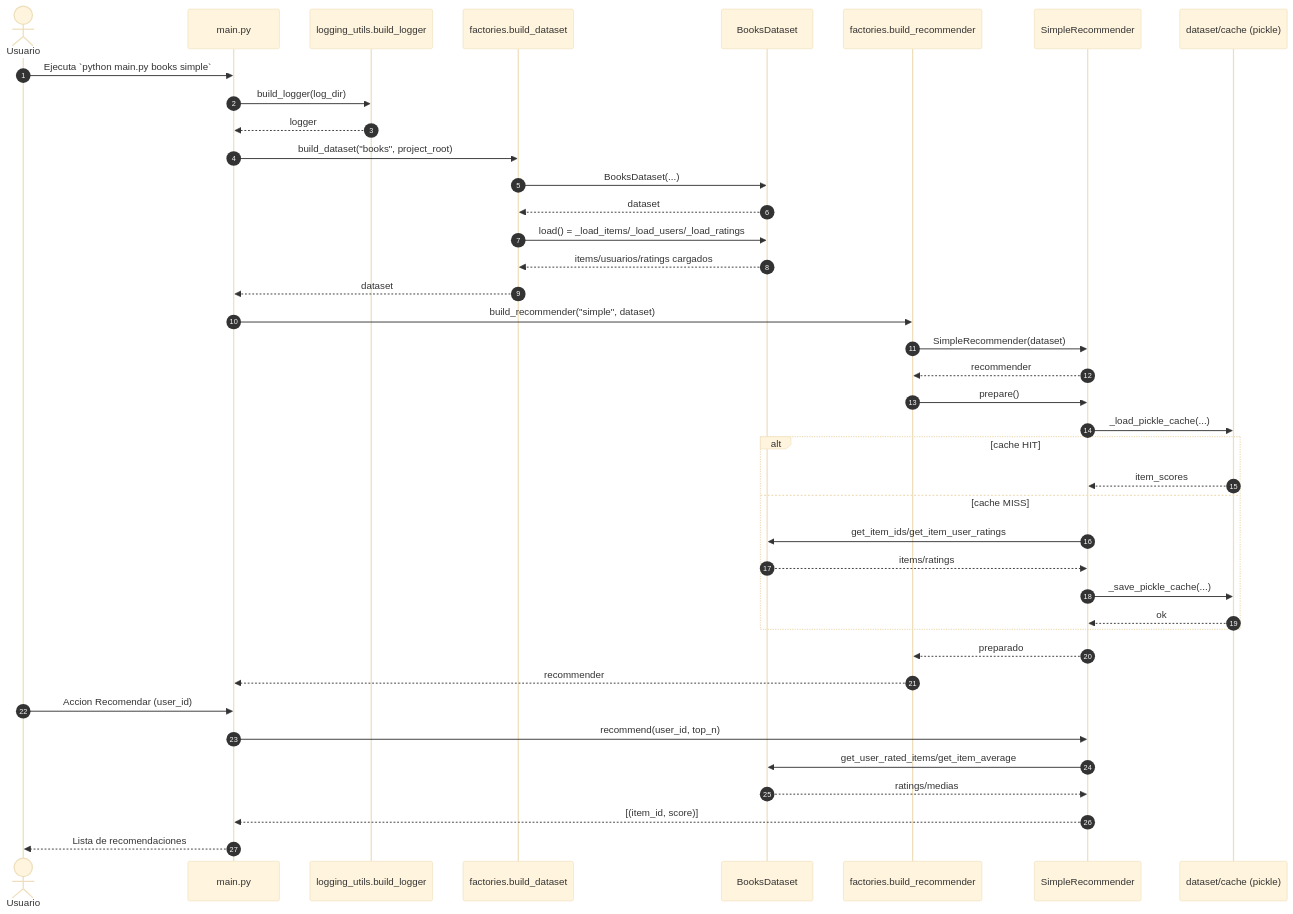
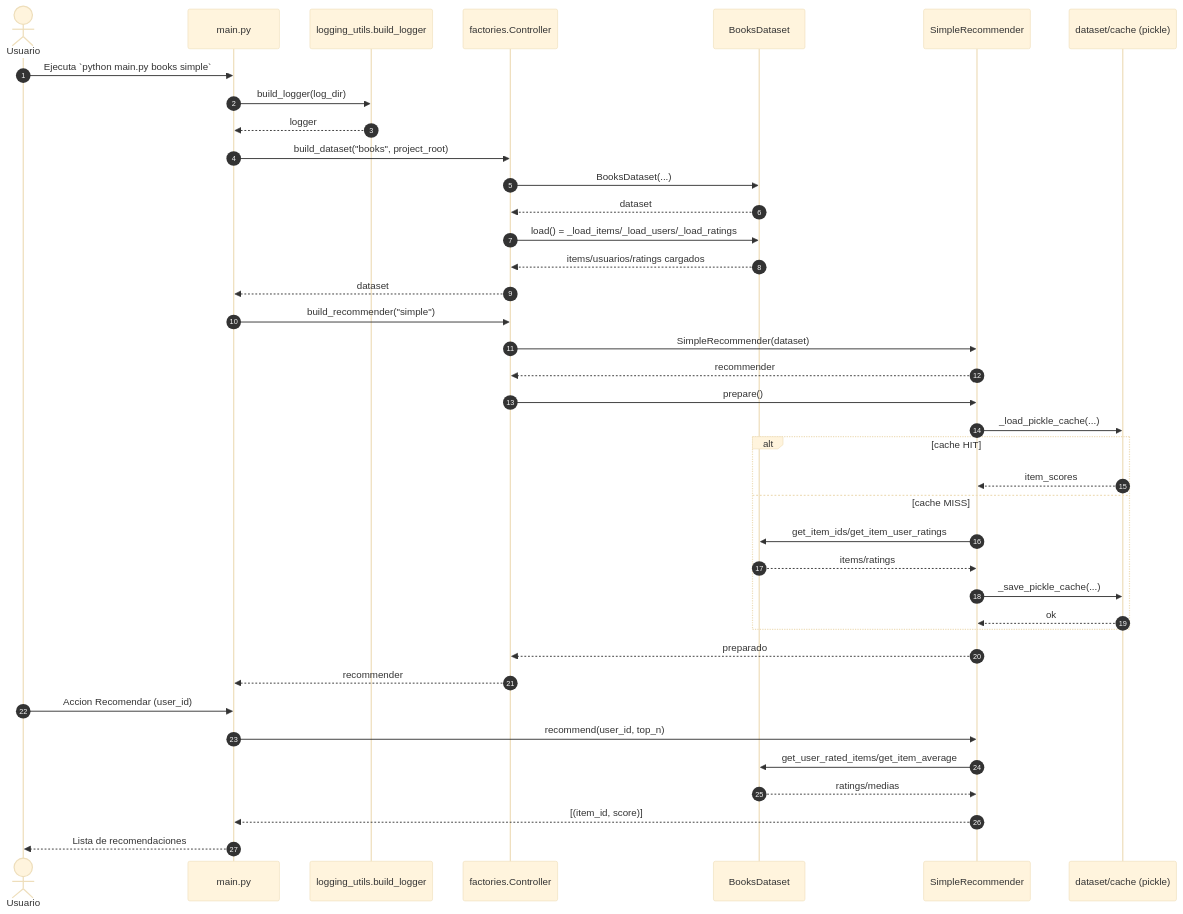
The second of 7 diagrams in README.md (Braisfabrega/modular-recommender), drawn with Mermaid (base theme) before and after one commit. The commit also changed other lines of this file and 2 other files, not shown here.

Commit message:
fis: controller implementation

````diff
--- a/README.md
+++ b/README.md
@@ -161,43 +170,42 @@
 ```mermaid
 sequenceDiagram
   autonumber
   actor Usuario
   participant Main as main.py
   participant Logger as logging_utils.build_logger
-  participant Factory as factories.build_dataset
+  participant Controller as factories.Controller
   participant Dataset as BooksDataset
-  participant RecFactory as factories.build_recommender
   participant Recommender as SimpleRecommender
   participant Cache as dataset/cache (pickle)
 
   Usuario->>Main: Ejecuta `python main.py books simple`
   Main->>Logger: build_logger(log_dir)
   Logger-->>Main: logger
-  Main->>Factory: build_dataset("books", project_root)
-  Factory->>Dataset: BooksDataset(...)
-  Dataset-->>Factory: dataset
-  Factory->>Dataset: load() = _load_items/_load_users/_load_ratings
-  Dataset-->>Factory: items/usuarios/ratings cargados
-  Factory-->>Main: dataset
-  Main->>RecFactory: build_recommender("simple", dataset)
-  RecFactory->>Recommender: SimpleRecommender(dataset)
-  Recommender-->>RecFactory: recommender
-  RecFactory->>Recommender: prepare()
+  Main->>Controller: build_dataset("books", project_root)
+  Controller->>Dataset: BooksDataset(...)
+  Dataset-->>Controller: dataset
+  Controller->>Dataset: load() = _load_items/_load_users/_load_ratings
+  Dataset-->>Controller: items/usuarios/ratings cargados
+  Controller-->>Main: dataset
+  Main->>Controller: build_recommender("simple")
+  Controller->>Recommender: SimpleRecommender(dataset)
+  Recommender-->>Controller: recommender
+  Controller->>Recommender: prepare()
   Recommender->>Cache: _load_pickle_cache(...)
   alt cache HIT
     Cache-->>Recommender: item_scores
   else cache MISS
     Recommender->>Dataset: get_item_ids/get_item_user_ratings
     Dataset-->>Recommender: items/ratings
     Recommender->>Cache: _save_pickle_cache(...)
     Cache-->>Recommender: ok
   end
-  Recommender-->>RecFactory: preparado
-  RecFactory-->>Main: recommender
+  Recommender-->>Controller: preparado
+  Controller-->>Main: recommender
   Usuario->>Main: Accion Recomendar (user_id)
   Main->>Recommender: recommend(user_id, top_n)
   Recommender->>Dataset: get_user_rated_items/get_item_average
   Dataset-->>Recommender: ratings/medias
   Recommender-->>Main: [(item_id, score)]
   Main-->>Usuario: Lista de recomendaciones
 ```
````
